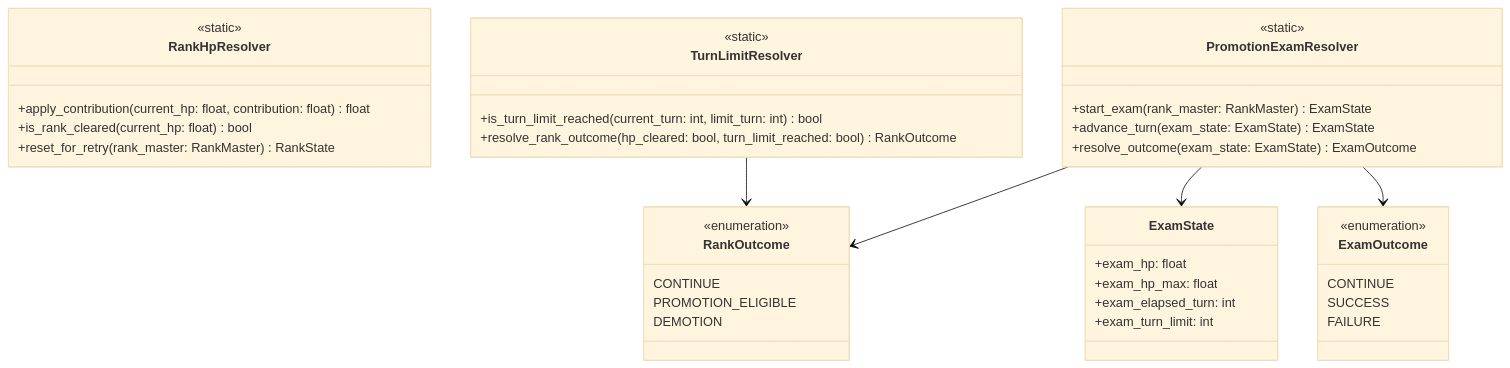
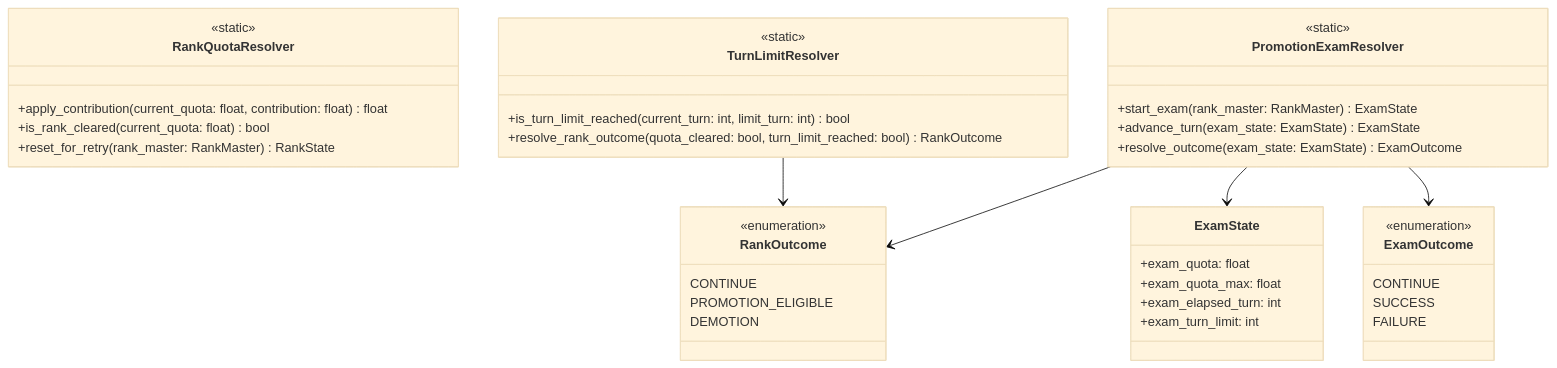
One commit to yaguma/alchemy-atelier changed the fifth of 6 diagrams in docs/design/atelier-alchemy-core/core-systems.md. Above: the diagram before and after it, drawn with Mermaid (base theme). The commit also changed other lines of this file and 13 other files, not shown here.

````diff
--- a/docs/design/atelier-alchemy-core/core-systems.md
+++ b/docs/design/atelier-alchemy-core/core-systems.md
@@ -254,43 +254,43 @@
 ```mermaid
 classDiagram
-    class RankHpResolver {
+    class RankQuotaResolver {
         <<static>>
-        +apply_contribution(current_hp: float, contribution: float) float
-        +is_rank_cleared(current_hp: float) bool
+        +apply_contribution(current_quota: float, contribution: float) float
+        +is_rank_cleared(current_quota: float) bool
         +reset_for_retry(rank_master: RankMaster) RankState
     }
     class TurnLimitResolver {
         <<static>>
         +is_turn_limit_reached(current_turn: int, limit_turn: int) bool
-        +resolve_rank_outcome(hp_cleared: bool, turn_limit_reached: bool) RankOutcome
+        +resolve_rank_outcome(quota_cleared: bool, turn_limit_reached: bool) RankOutcome
     }
     class PromotionExamResolver {
         <<static>>
         +start_exam(rank_master: RankMaster) ExamState
         +advance_turn(exam_state: ExamState) ExamState
         +resolve_outcome(exam_state: ExamState) ExamOutcome
     }
     class ExamState {
-        +exam_hp: float
-        +exam_hp_max: float
+        +exam_quota: float
+        +exam_quota_max: float
         +exam_elapsed_turn: int
         +exam_turn_limit: int
     }
     class ExamOutcome {
         <<enumeration>>
         CONTINUE
         SUCCESS
         FAILURE
     }
     class RankOutcome {
         <<enumeration>>
         CONTINUE
         PROMOTION_ELIGIBLE
         DEMOTION
     }
 
     TurnLimitResolver --> RankOutcome
     PromotionExamResolver --> RankOutcome
     PromotionExamResolver --> ExamState
     PromotionExamResolver --> ExamOutcome
 ```
````
